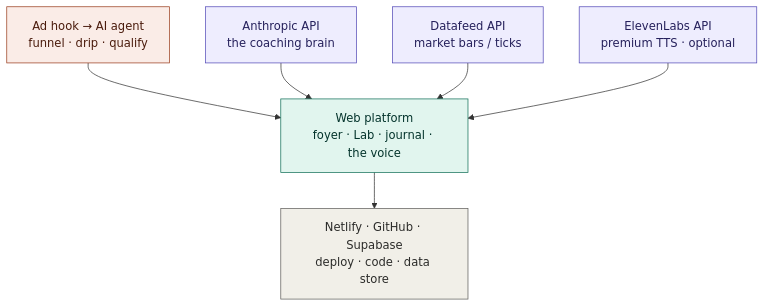
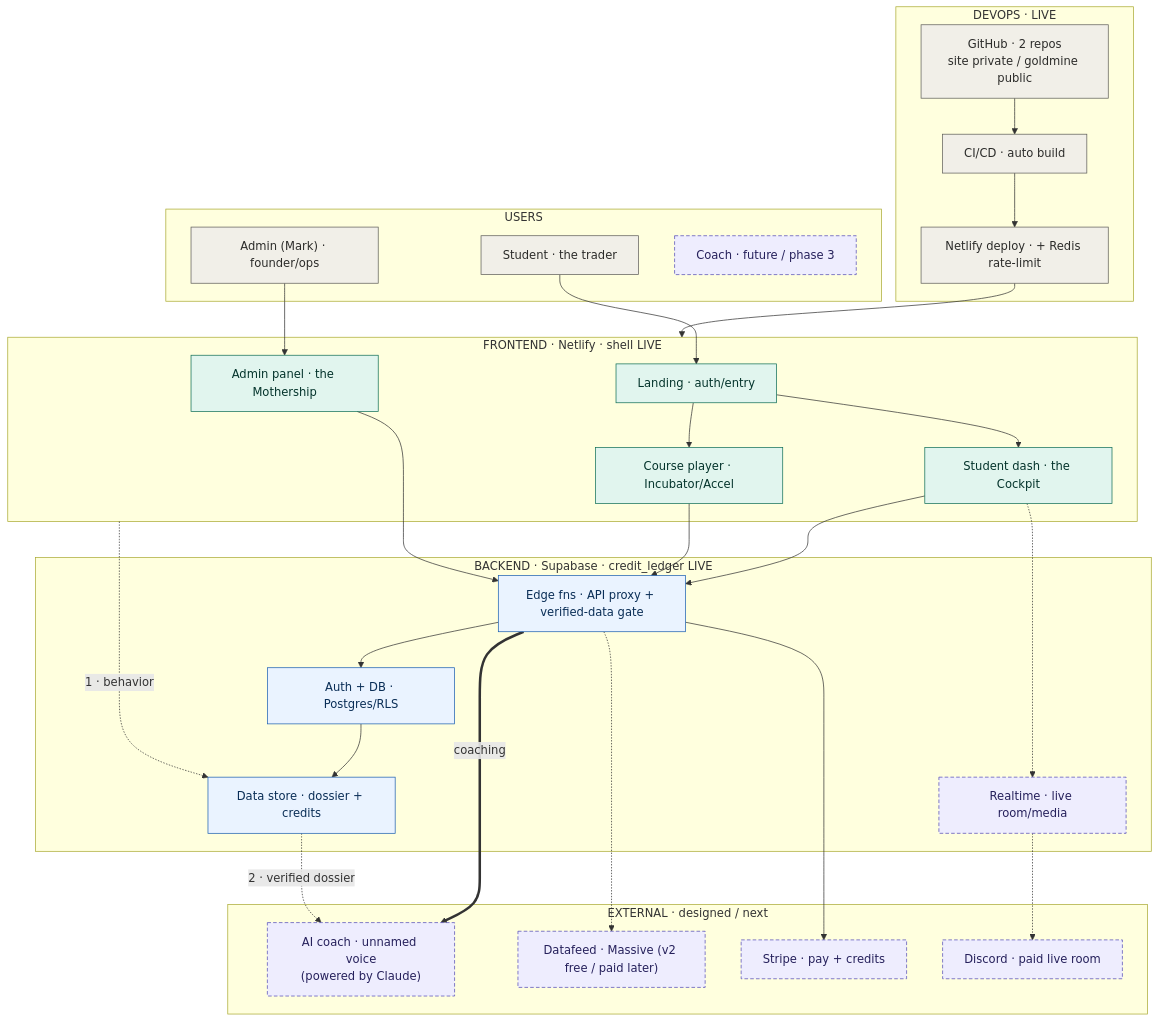
Before and after one commit to bionicbutterflyai/bionicbutterfly-goldmine: the diagram in knowledge/tech_architecture_skeleton.md, drawn with Mermaid. The commit also changed other lines of this file and 27 other files, not shown here.

````diff
--- a/knowledge/tech_architecture_skeleton.md
+++ b/knowledge/tech_architecture_skeleton.md
@@ -21,20 +45,54 @@
 ```mermaid
 flowchart TD
-    A[Ad hook → AI agent<br/>funnel · drip · qualify]:::acq
-    P[Web platform<br/>foyer · Lab · journal · the voice]:::plat
-    I[Netlify · GitHub · Supabase<br/>deploy · code · data store]:::infra
-    AN[Anthropic API<br/>the coaching brain]:::ext
-    DF[Datafeed API<br/>market bars / ticks]:::ext
-    EL[ElevenLabs API<br/>premium TTS · optional]:::ext
+    subgraph USERS["USERS"]
+        U1["Student · the trader"]:::usr
+        U2["Admin (Mark) · founder/ops"]:::usr
+        U3["Coach · future / phase 3"]:::dash
+    end
+    subgraph FE["FRONTEND · Netlify  ·  shell LIVE"]
+        L["Landing · auth/entry"]:::fe
+        DASH["Student dash · the Cockpit"]:::fe
+        CP["Course player · Incubator/Accel"]:::fe
+        ADM["Admin panel · the Mothership"]:::fe
+    end
+    subgraph BE["BACKEND · Supabase  ·  credit_ledger LIVE"]
+        AUTH["Auth + DB · Postgres/RLS"]:::be
+        DST["Data store · dossier + credits"]:::be
+        EF["Edge fns · API proxy + verified-data gate"]:::be
+        RT["Realtime · live room/media"]:::dash
+    end
+    subgraph EXT["EXTERNAL  ·  designed / next"]
+        AI["AI coach · unnamed voice<br/>(powered by Claude)"]:::dash
+        DF["Datafeed · Massive (v2 free / paid later)"]:::dash
+        ST["Stripe · pay + credits"]:::dash
+        DC["Discord · paid live room"]:::dash
+    end
+    subgraph OPS["DEVOPS  ·  LIVE"]
+        GH["GitHub · 2 repos<br/>site private / goldmine public"]:::ops
+        CI["CI/CD · auto build"]:::ops
+        ND["Netlify deploy · + Redis rate-limit"]:::ops
+    end
 
-    A --> P
-    P --> I
-    AN --> P
-    DF --> P
-    EL --> P
+    U1 --> L
+    U2 --> ADM
+    L --> DASH & CP
+    DASH --> EF
+    CP --> EF
+    ADM --> EF
+    EF --> AUTH --> DST
+    EF ==>|coaching| AI
+    EF --> ST
+    EF -.-> DF
+    DASH -.-> RT -.-> DC
+    GH --> CI --> ND --> FE
 
-    classDef acq   fill:#FAECE7,stroke:#993C1D,color:#4A1B0C;
-    classDef plat  fill:#E1F5EE,stroke:#0F6E56,color:#04342C;
-    classDef infra fill:#F1EFE8,stroke:#5F5E5A,color:#2C2C2A;
-    classDef ext   fill:#EEEDFE,stroke:#534AB7,color:#26215C;
+    %% Fork-2 funnel-memory loop
+    FE -. "1 · behavior" .-> DST
+    DST -. "2 · verified dossier" .-> AI
+
+    classDef usr  fill:#F1EFE8,stroke:#5F5E5A,color:#2C2C2A;
+    classDef fe   fill:#E1F5EE,stroke:#0F6E56,color:#04342C;
+    classDef be   fill:#EAF3FF,stroke:#1B5FB0,color:#0A2E57;
+    classDef ops  fill:#F1EFE8,stroke:#5F5E5A,color:#2C2C2A;
+    classDef dash fill:#EEEDFE,stroke:#534AB7,color:#26215C,stroke-dasharray:5 3;
 ```
````
